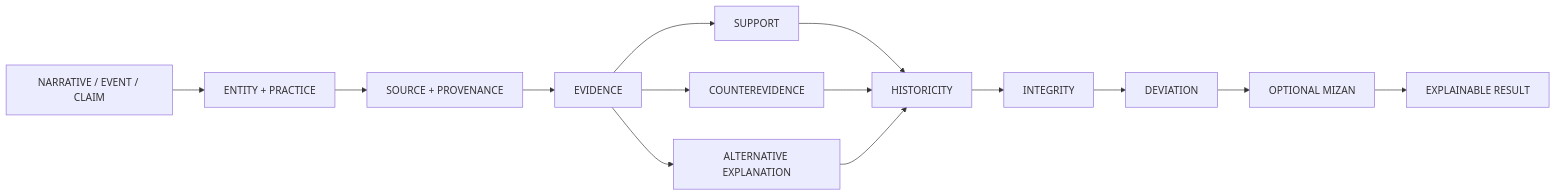
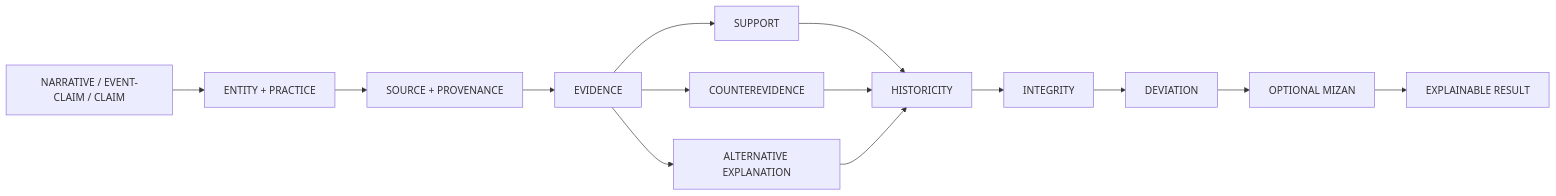
One commit to bjo163/rocksoul-mftl changed the first of 2 diagrams in README.md. Above: the diagram before and after it, drawn with Mermaid. The commit also changed other lines of this file and 6 other files, not shown here.

````diff
--- a/README.md
+++ b/README.md
@@ -47,20 +59,20 @@
 ```mermaid
 flowchart LR
-    A["NARRATIVE / EVENT / CLAIM"] --> B["ENTITY + PRACTICE"]
+    A["NARRATIVE / EVENT-CLAIM / CLAIM"] --> B["ENTITY + PRACTICE"]
     B --> C["SOURCE + PROVENANCE"]
     C --> D["EVIDENCE"]
 
     D --> E["SUPPORT"]
     D --> F["COUNTEREVIDENCE"]
     D --> G["ALTERNATIVE EXPLANATION"]
 
     E --> H["HISTORICITY"]
     F --> H
     G --> H
 
     H --> I["INTEGRITY"]
     I --> J["DEVIATION"]
     J --> K["OPTIONAL MIZAN"]
 
     K --> L["EXPLAINABLE RESULT"]
 ```
````
